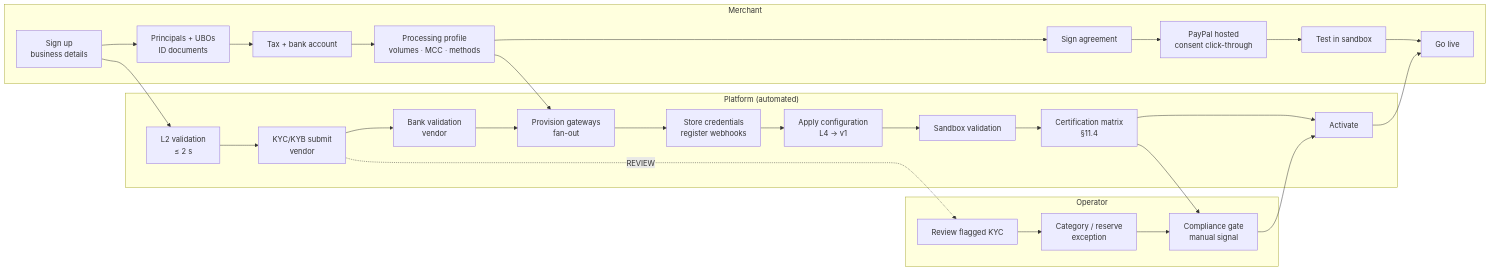
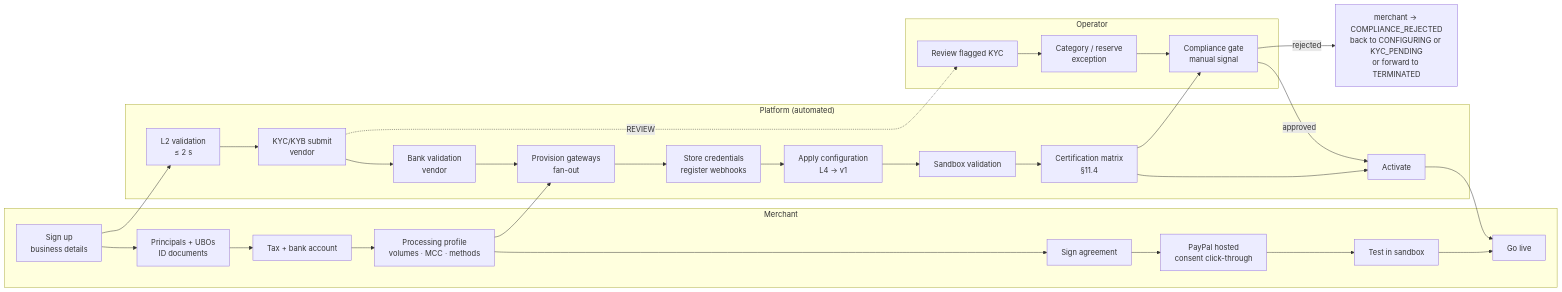
One commit to udaykishore-resu/payments-platform changed the first of 4 diagrams in docs/onboarding.md. Above: the diagram before and after it, drawn with Mermaid. The commit also changed other lines of this file and 67 other files, not shown here.

````diff
--- a/docs/onboarding.md
+++ b/docs/onboarding.md
@@ -10,31 +10,33 @@
 ```mermaid
 flowchart LR
     subgraph M["Merchant"]
         M1["Sign up<br/>business details"] --> M2["Principals + UBOs<br/>ID documents"]
         M2 --> M3["Tax + bank account"]
         M3 --> M4["Processing profile<br/>volumes · MCC · methods"]
         M4 --> M5["Sign agreement"]
         M5 --> M6["PayPal hosted<br/>consent click-through"]
         M6 --> M7["Test in sandbox"]
         M7 --> M8["Go live"]
     end
     subgraph P["Platform (automated)"]
         P1["L2 validation<br/>≤ 2 s"] --> P2["KYC/KYB submit<br/>vendor"]
         P2 --> P3["Bank validation<br/>vendor"]
         P3 --> P4["Provision gateways<br/>fan-out"]
         P4 --> P5["Store credentials<br/>register webhooks"]
         P5 --> P6["Apply configuration<br/>L4 → v1"]
         P6 --> P7["Sandbox validation"]
         P7 --> P8["Certification matrix<br/>§11.4"]
         P8 --> P9["Activate"]
     end
     subgraph O["Operator"]
         O1["Review flagged KYC"] --> O2["Category / reserve<br/>exception"]
         O2 --> O3["Compliance gate<br/>manual signal"]
     end
     M1 --> P1
     M4 --> P4
     P2 -.->|REVIEW| O1
-    P8 --> O3 --> P9
+    P8 --> O3
+    O3 -->|approved| P9
+    O3 -->|rejected| OX["merchant → COMPLIANCE_REJECTED<br/>back to CONFIGURING or KYC_PENDING<br/>or forward to TERMINATED"]
     P9 --> M8
 ```
````
